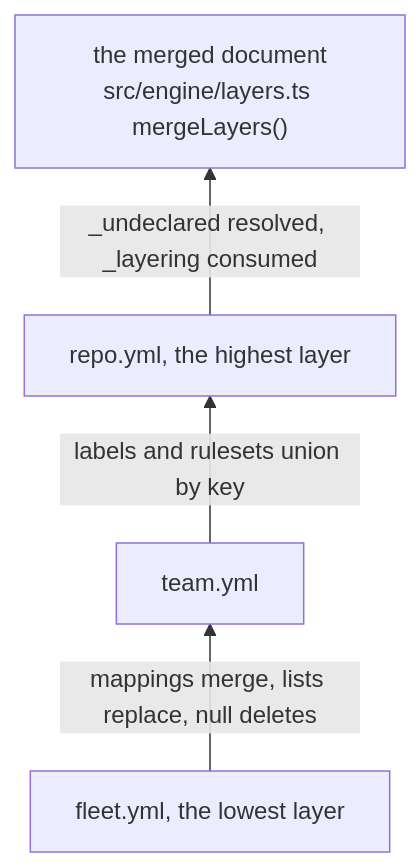
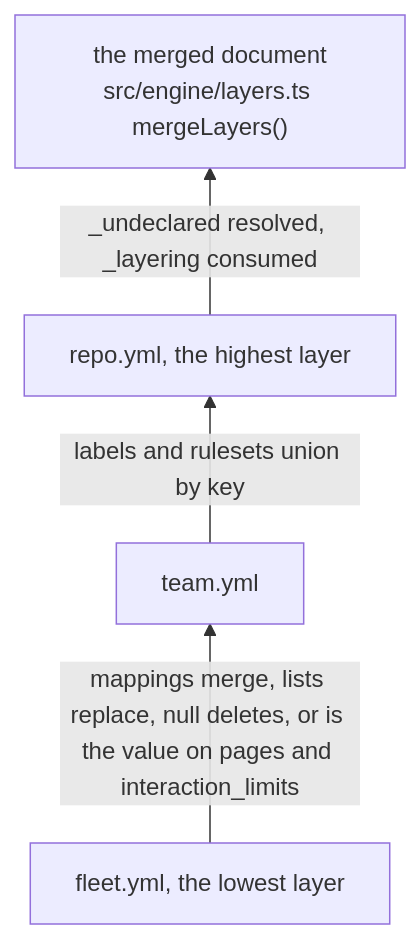
The fourth of 8 diagrams in docs/reference/architecture.md (Vivswan/github-settings-as-code), drawn with Mermaid before and after one commit. The commit also changed other lines of this file and 16 other files, not shown here.

Commit message:
feat(engine)!: a higher-layer null keeps its value on pages and interaction_limits (#265)

````diff
--- a/docs/reference/architecture.md
+++ b/docs/reference/architecture.md
@@ -100,10 +100,10 @@
 ```mermaid
 flowchart BT
   fleet["fleet.yml, the lowest layer"]
   team["team.yml"]
   repo["repo.yml, the highest layer"]
   out["the merged document<br>src/engine/layers.ts mergeLayers()"]
-  fleet -->|mappings merge, lists replace, null deletes| team
+  fleet -->|mappings merge, lists replace, null deletes, or is the value on pages and interaction_limits| team
   team -->|labels and rulesets union by key| repo
   repo -->|_undeclared resolved, _layering consumed| out
 ```
````
